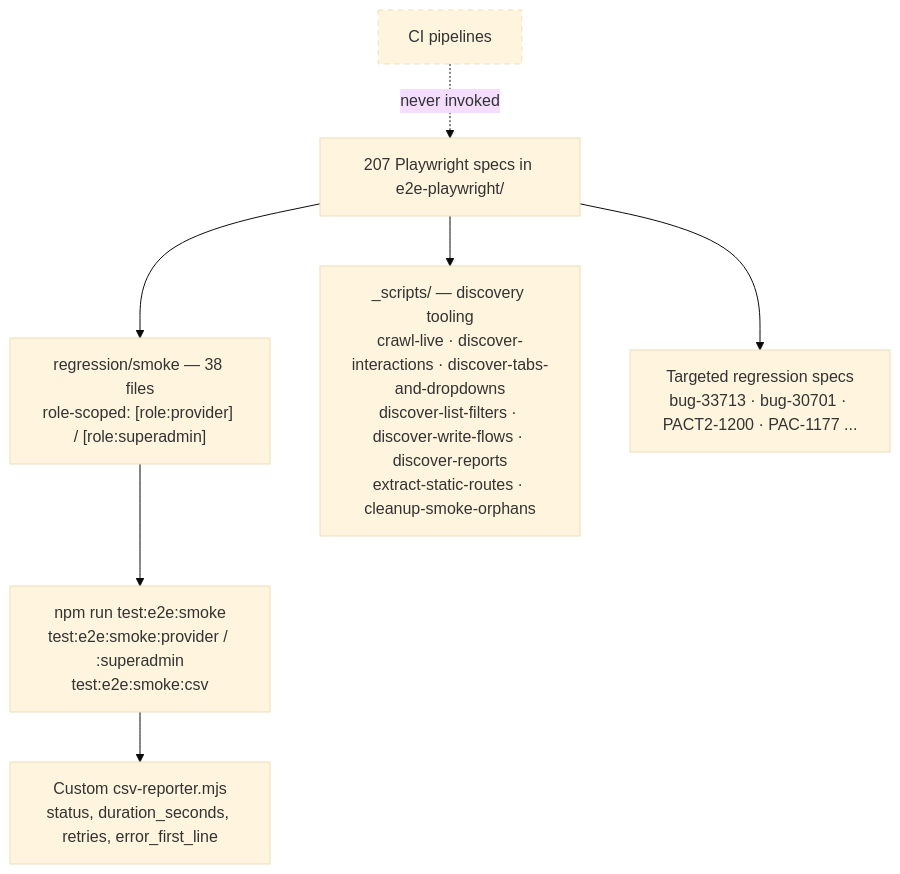
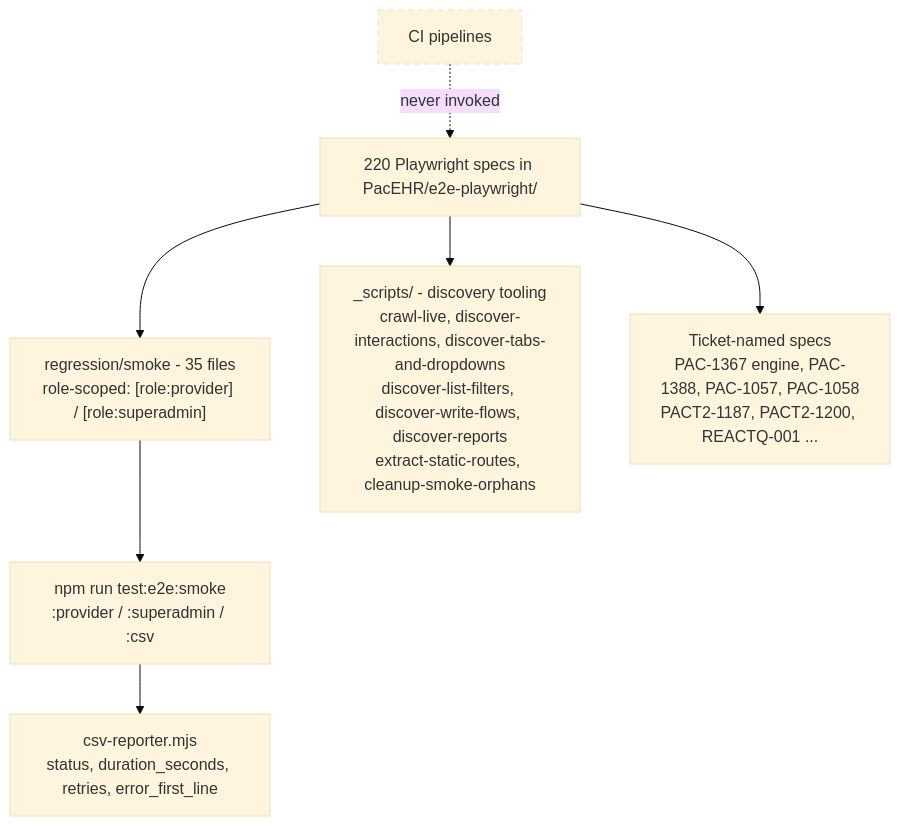
The third of 4 diagrams in docs/architecture-diagrams/11-test-infrastructure-cicd-deep-dive-diagrams.md (hemsingh-3PG/sai-systems-AIRE), drawn with Mermaid (base theme) before and after one commit. The commit also changed other lines of this file and 285 other files, not shown here.

````diff
--- a/docs/architecture-diagrams/11-test-infrastructure-cicd-deep-dive-diagrams.md
+++ b/docs/architecture-diagrams/11-test-infrastructure-cicd-deep-dive-diagrams.md
@@ -60,12 +67,12 @@
 ```mermaid
 flowchart TB
-  A["207 Playwright specs in e2e-playwright/"] --> B["regression/smoke — 38 files<br/>role-scoped: [role:provider] / [role:superadmin]"]
-  A --> C["_scripts/ — discovery tooling<br/>crawl-live · discover-interactions · discover-tabs-and-dropdowns<br/>discover-list-filters · discover-write-flows · discover-reports<br/>extract-static-routes · cleanup-smoke-orphans"]
-  A --> D["Targeted regression specs<br/>bug-33713 · bug-30701 · PACT2-1200 · PAC-1177 ..."]
+  A["220 Playwright specs in PacEHR/e2e-playwright/"] --> B["regression/smoke - 35 files<br/>role-scoped: [role:provider] / [role:superadmin]"]
+  A --> C["_scripts/ - discovery tooling<br/>crawl-live, discover-interactions, discover-tabs-and-dropdowns<br/>discover-list-filters, discover-write-flows, discover-reports<br/>extract-static-routes, cleanup-smoke-orphans"]
+  A --> D["Ticket-named specs<br/>PAC-1367 engine, PAC-1388, PAC-1057, PAC-1058<br/>PACT2-1187, PACT2-1200, REACTQ-001 ..."]
 
-  B --> E["npm run test:e2e:smoke<br/>test:e2e:smoke:provider / :superadmin<br/>test:e2e:smoke:csv"]
-  E --> F["Custom csv-reporter.mjs<br/>status, duration_seconds, retries, error_first_line"]
+  B --> E["npm run test:e2e:smoke<br/>:provider / :superadmin / :csv"]
+  E --> F["csv-reporter.mjs<br/>status, duration_seconds, retries, error_first_line"]
 
   G["CI pipelines"] -.->|"never invoked"| A
   style G stroke-dasharray: 5 5
 ```
````
